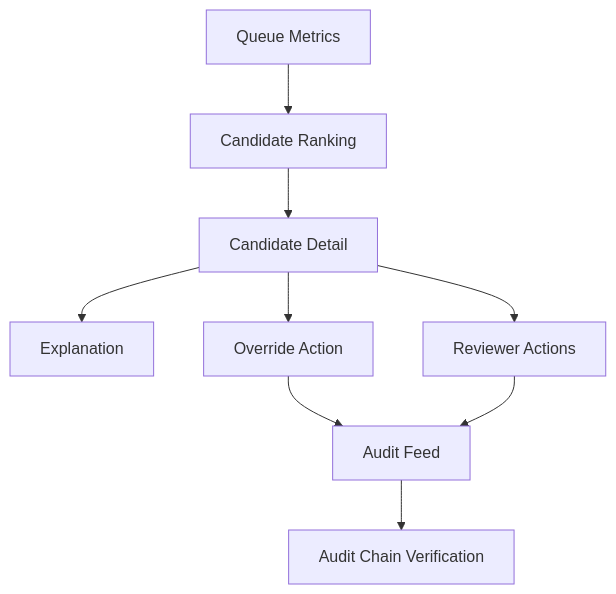
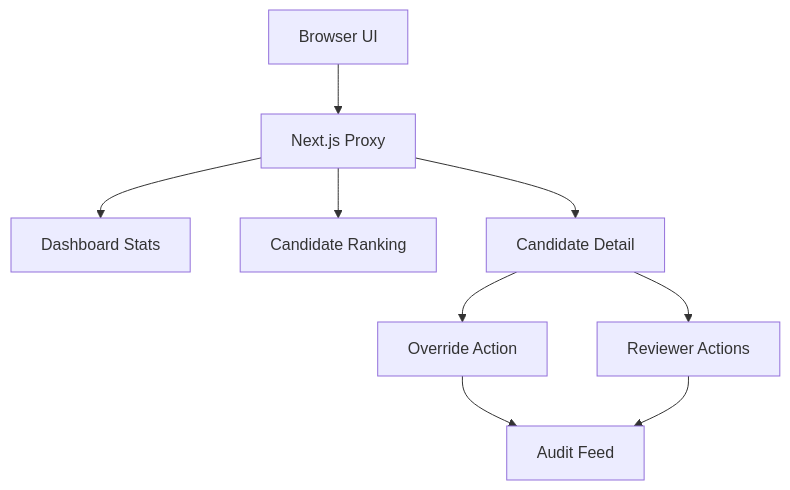
The second of 2 diagrams in docs/eng/API.md (alenisaw/invision_u_Vi-Ka), drawn with Mermaid before and after one commit. The commit also changed other lines of this file and 68 other files, not shown here.

````diff
--- a/docs/eng/API.md
+++ b/docs/eng/API.md
@@ -339,20 +293,20 @@
 ```mermaid
 flowchart TD
-    Queue["Queue Metrics"]
-    Ranking["Candidate Ranking"]
+    Browser["Browser UI"]
+    Proxy["Next.js Proxy"]
+    Stats["Dashboard Stats"]
+    List["Candidate Ranking"]
     Detail["Candidate Detail"]
-    Explain["Explanation"]
     Override["Override Action"]
     Actions["Reviewer Actions"]
     Audit["Audit Feed"]
-    Verify["Audit Chain Verification"]
 
-    Queue --> Ranking
-    Ranking --> Detail
-    Detail --> Explain
+    Browser --> Proxy
+    Proxy --> Stats
+    Proxy --> List
+    Proxy --> Detail
     Detail --> Override
     Detail --> Actions
     Override --> Audit
     Actions --> Audit
-    Audit --> Verify
 ```
````
